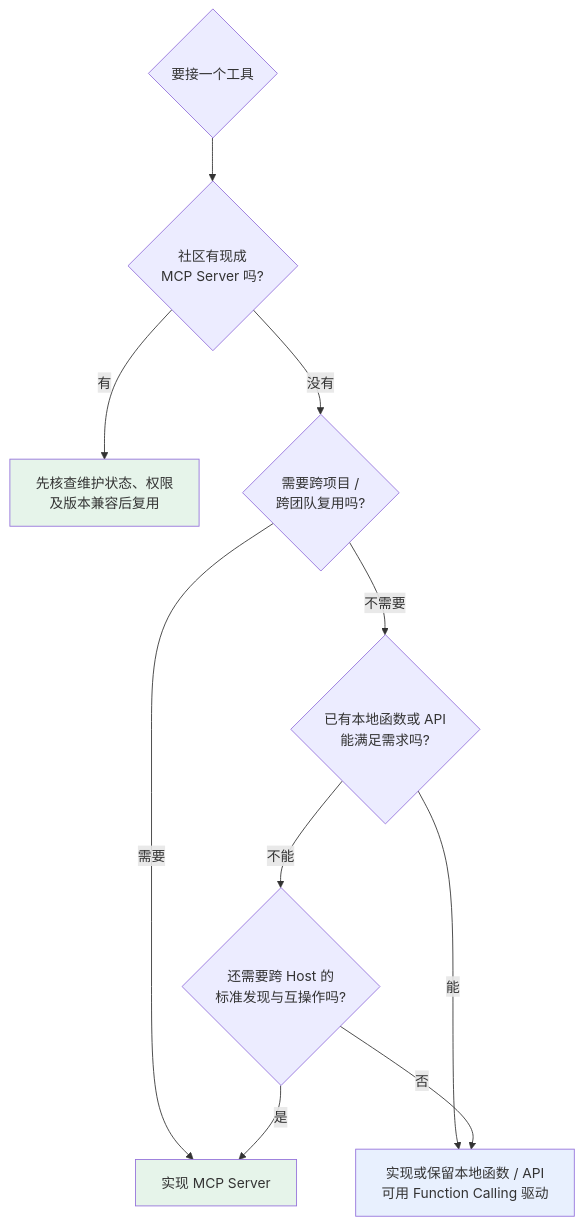
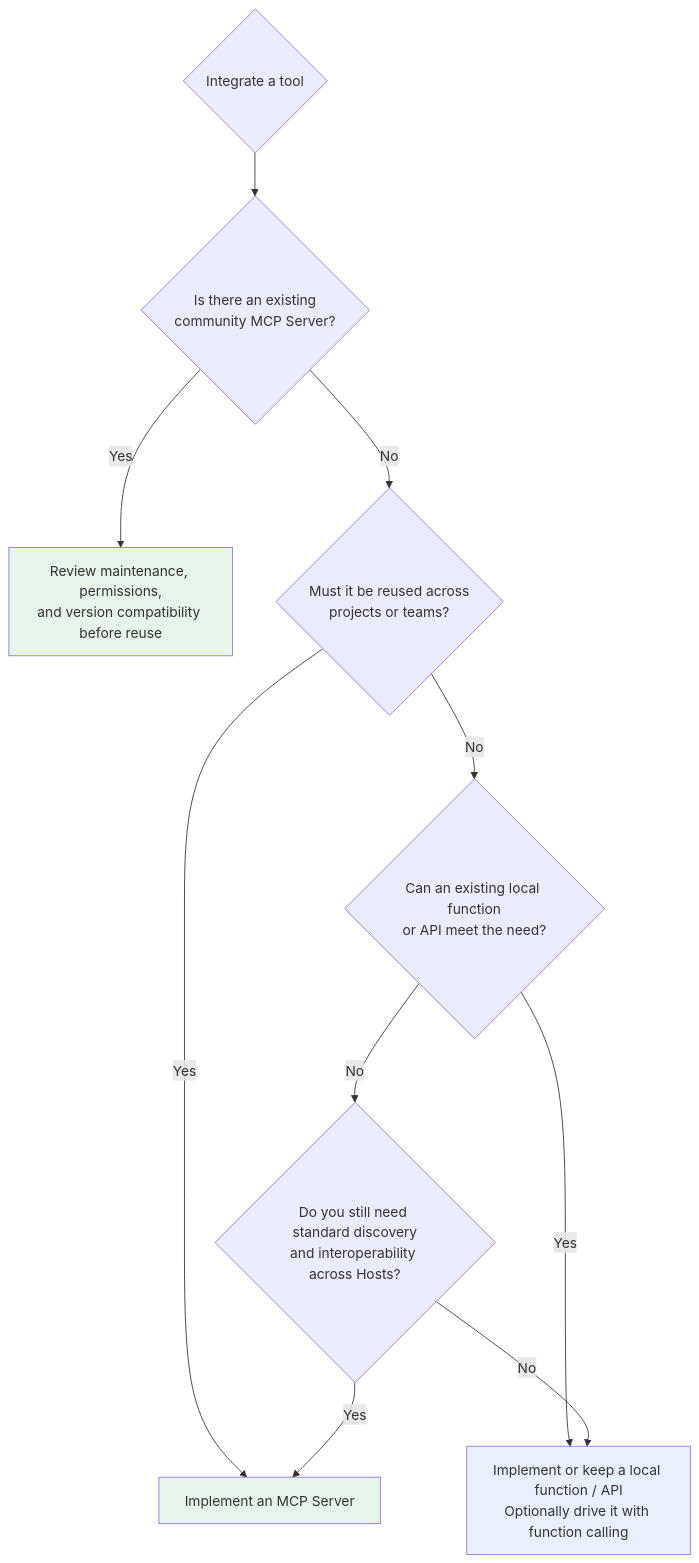
Before and after one commit to oneleaveknowsthefall/awesome-ai-roadmap: the third of 3 diagrams in docs/tools/02-mcp/06-mcp-vs-function-calling.md, drawn with Mermaid. The commit also changed other lines of this file and 42 other files, not shown here.

````diff
--- a/docs/tools/02-mcp/06-mcp-vs-function-calling.md
+++ b/docs/tools/02-mcp/06-mcp-vs-function-calling.md
@@ -111,16 +111,16 @@
 ```mermaid
 flowchart TB
-    START{要接一个工具} --> Q1{社区有现成<br/>MCP Server 吗?}
-    Q1 -->|有| USE_MCP["先核查维护状态、权限<br/>及版本兼容后复用"]
-    Q1 -->|没有| Q2{需要跨项目 /<br/>跨团队复用吗?}
-    Q2 -->|需要| BUILD_MCP["实现 MCP Server"]
-    Q2 -->|不需要| Q3{已有本地函数或 API<br/>能满足需求吗?}
-    Q3 -->|能| USE_FC["实现或保留本地函数 / API<br/>可用 Function Calling 驱动"]
-    Q3 -->|不能| Q4{还需要跨 Host 的<br/>标准发现与互操作吗?}
-    Q4 -->|是| BUILD_MCP
-    Q4 -->|否| USE_FC
+    START{Integrate a tool} --> Q1{Is there an existing<br/>community MCP Server?}
+    Q1 -->|Yes| USE_MCP["Review maintenance, permissions,<br/>and version compatibility before reuse"]
+    Q1 -->|No| Q2{Must it be reused across<br/>projects or teams?}
+    Q2 -->|Yes| BUILD_MCP["Implement an MCP Server"]
+    Q2 -->|No| Q3{Can an existing local function<br/>or API meet the need?}
+    Q3 -->|Yes| USE_FC["Implement or keep a local function / API<br/>Optionally drive it with function calling"]
+    Q3 -->|No| Q4{Do you still need standard discovery<br/>and interoperability across Hosts?}
+    Q4 -->|Yes| BUILD_MCP
+    Q4 -->|No| USE_FC
 
     style USE_MCP fill:#e6f4ea
     style BUILD_MCP fill:#e6f4ea
     style USE_FC fill:#e8f0fe
 ```
````
